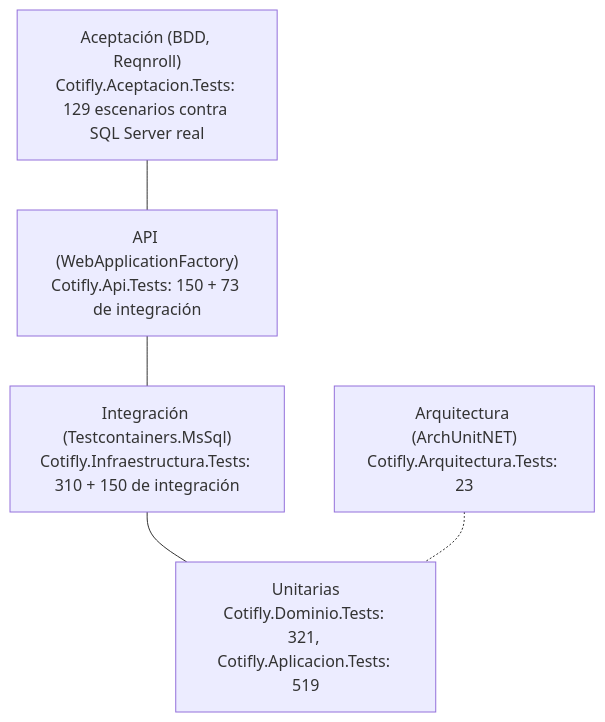
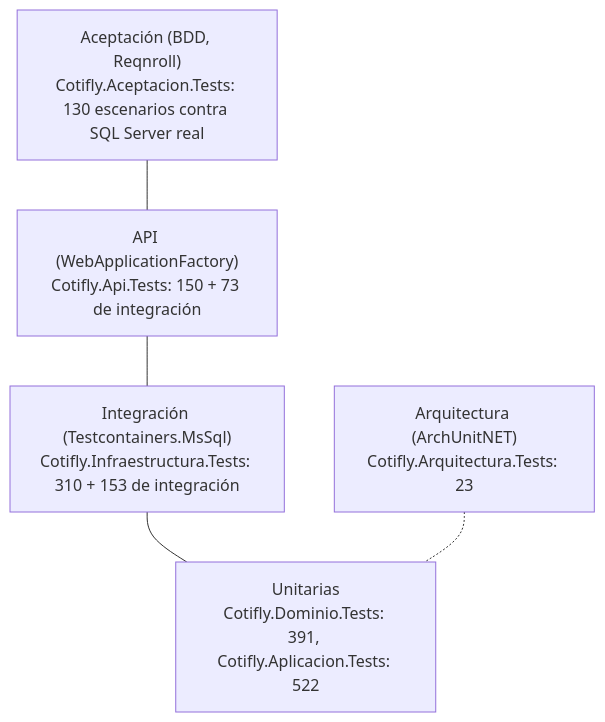
Before and after one commit to InnovacionIA-proyectos/Cotifly: the diagram in backend-dotnet/docs/08-testing.md, drawn with Mermaid. The commit also changed other lines of this file and 8 other files, not shown here.

````diff
--- a/backend-dotnet/docs/08-testing.md
+++ b/backend-dotnet/docs/08-testing.md
@@ -19,10 +19,10 @@
 ```mermaid
 flowchart TB
-    acep["Aceptación (BDD, Reqnroll)<br/>Cotifly.Aceptacion.Tests: 129 escenarios contra SQL Server real"]
+    acep["Aceptación (BDD, Reqnroll)<br/>Cotifly.Aceptacion.Tests: 130 escenarios contra SQL Server real"]
     api["API (WebApplicationFactory)<br/>Cotifly.Api.Tests: 150 + 73 de integración"]
-    integ["Integración (Testcontainers.MsSql)<br/>Cotifly.Infraestructura.Tests: 310 + 150 de integración"]
-    unit["Unitarias<br/>Cotifly.Dominio.Tests: 321, Cotifly.Aplicacion.Tests: 519"]
+    integ["Integración (Testcontainers.MsSql)<br/>Cotifly.Infraestructura.Tests: 310 + 153 de integración"]
+    unit["Unitarias<br/>Cotifly.Dominio.Tests: 391, Cotifly.Aplicacion.Tests: 522"]
     arq["Arquitectura (ArchUnitNET)<br/>Cotifly.Arquitectura.Tests: 23"]
     acep --- api --- integ --- unit
     arq -.- unit
 ```
````
